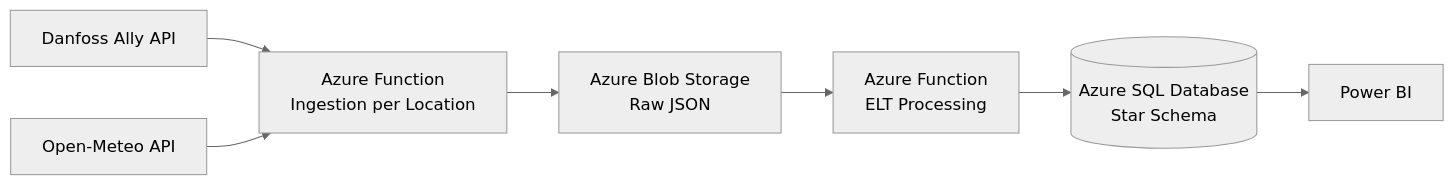
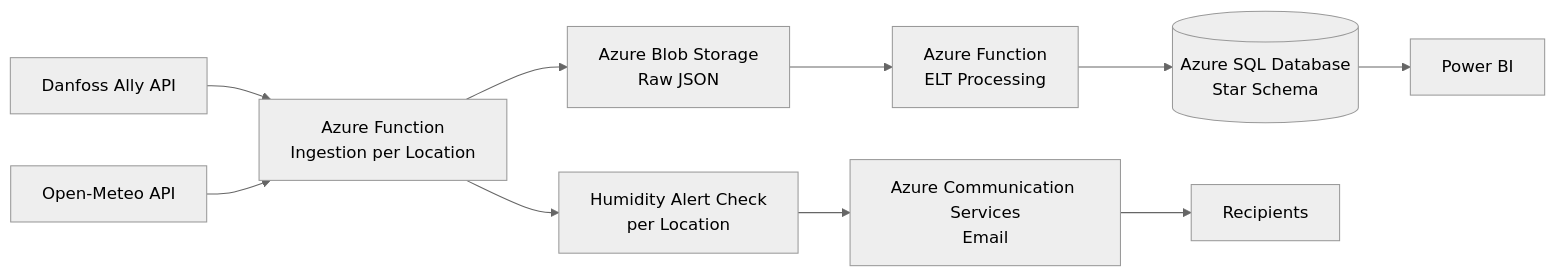
Before and after one commit to jensbanking/HumidityService: the diagram in Readme.md, drawn with Mermaid (neutral theme). The commit also changed other lines of this file and 7 other files, not shown here.

First line of the commit message:
Add Feature 5: humidity alert email notifications; renumber features

````diff
--- a/Readme.md
+++ b/Readme.md
@@ -15,21 +15,28 @@
 ```mermaid
 flowchart LR
     DANFOSS[Danfoss Ally API]
     METEO[Open-Meteo API]
 
     INGEST[Azure Function<br/>Ingestion per Location]
     BLOB[Azure Blob Storage<br/>Raw JSON]
 
     PROCESS[Azure Function<br/>ELT Processing]
 
     DWH[(Azure SQL Database<br/>Star Schema)]
 
     PBI[Power BI]
 
+    ALERT[Humidity Alert Check<br/>per Location]
+    ACS[Azure Communication Services<br/>Email]
+    MAIL[Recipients]
+
     DANFOSS --> INGEST
     METEO --> INGEST
     INGEST --> BLOB
+    INGEST --> ALERT
+    ALERT --> ACS
+    ACS --> MAIL
     BLOB --> PROCESS
     PROCESS --> DWH
     DWH --> PBI
 ```
````
